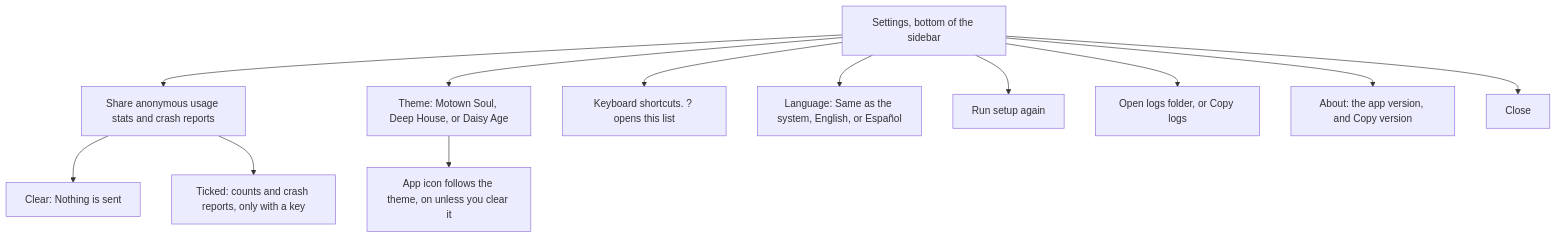
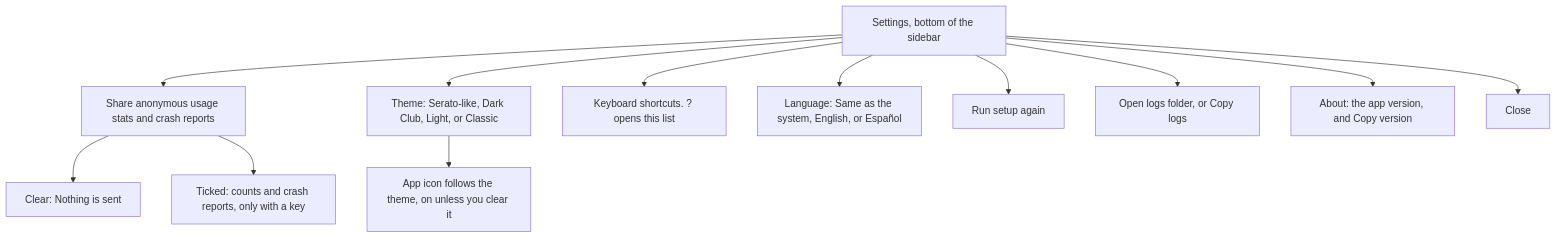
The diagram in docs/wiki/Settings.md (mookiejones/crateCraft), drawn with Mermaid before and after one commit. The commit also changed other lines of this file and 45 other files, not shown here.

First line of the commit message:
Add four page themes, with Serato-like as the default

````diff
--- a/docs/wiki/Settings.md
+++ b/docs/wiki/Settings.md
@@ -8,14 +8,14 @@
 ```mermaid
 flowchart TD
   rail["Settings, bottom of the sidebar"] --> box["Share anonymous usage stats and crash reports"]
   box --> off["Clear: Nothing is sent"]
   box --> on["Ticked: counts and crash reports, only with a key"]
-  rail --> theme["Theme: Motown Soul, Deep House, or Daisy Age"]
+  rail --> theme["Theme: Serato-like, Dark Club, Light, or Classic"]
   theme --> icon["App icon follows the theme, on unless you clear it"]
   rail --> keys["Keyboard shortcuts. ? opens this list"]
   rail --> language["Language: Same as the system, English, or Español"]
   rail --> again["Run setup again"]
   rail --> logs["Open logs folder, or Copy logs"]
   rail --> about["About: the app version, and Copy version"]
   rail --> close["Close"]
 ```
````
